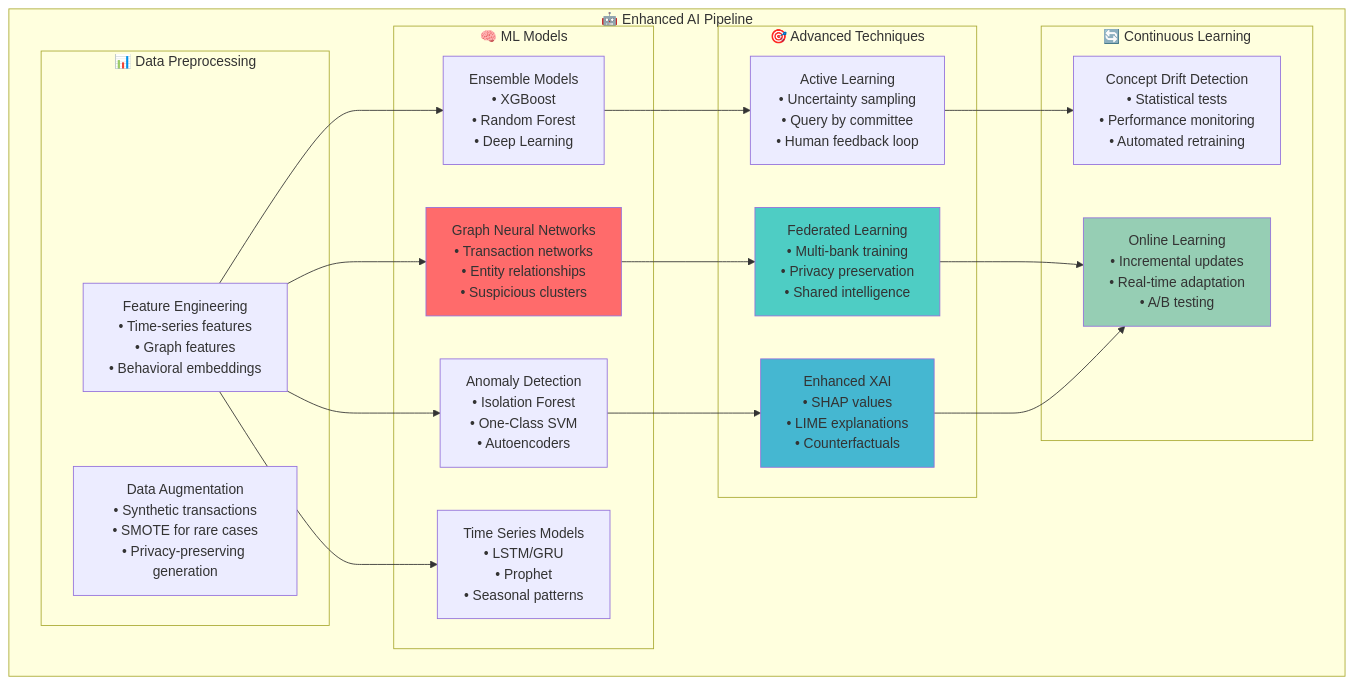
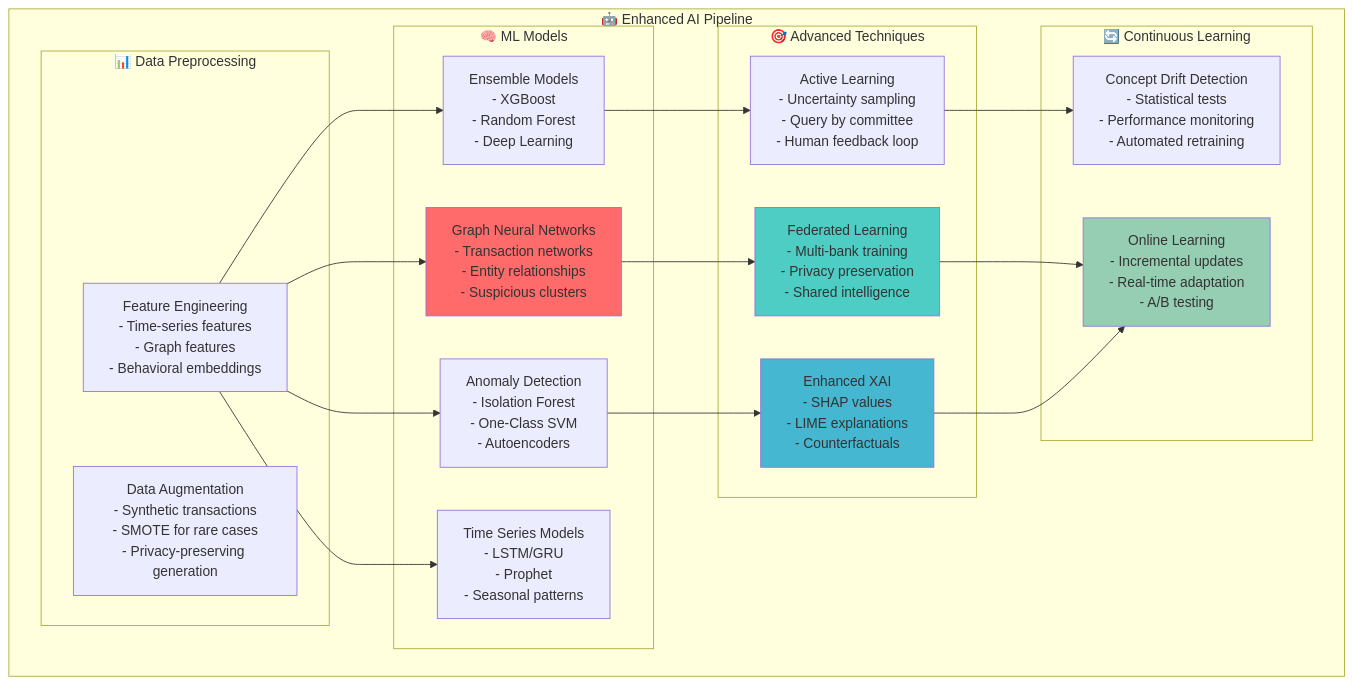
One commit to gregorizeidler-cw/LavandowskI-Chatbot changed the fifth of 11 diagrams in README.md. Above: the diagram before and after it, drawn with Mermaid. The commit also changed other lines of this file, not shown here.

````diff
--- a/README.md
+++ b/README.md
@@ -1076,45 +1076,45 @@
 ```mermaid
 graph TB
     subgraph "🤖 Enhanced AI Pipeline"
         subgraph "📊 Data Preprocessing"
-            FEATURES[Feature Engineering<br/>• Time-series features<br/>• Graph features<br/>• Behavioral embeddings]
-            AUGMENT[Data Augmentation<br/>• Synthetic transactions<br/>• SMOTE for rare cases<br/>• Privacy-preserving generation]
+                    FEATURES[Feature Engineering<br/>- Time-series features<br/>- Graph features<br/>- Behavioral embeddings]
+        AUGMENT[Data Augmentation<br/>- Synthetic transactions<br/>- SMOTE for rare cases<br/>- Privacy-preserving generation]
         end
         
         subgraph "🧠 ML Models"
-            ENSEMBLE[Ensemble Models<br/>• XGBoost<br/>• Random Forest<br/>• Deep Learning]
-            GRAPH[Graph Neural Networks<br/>• Transaction networks<br/>• Entity relationships<br/>• Suspicious clusters]
-            ANOMALY[Anomaly Detection<br/>• Isolation Forest<br/>• One-Class SVM<br/>• Autoencoders]
-            TIME[Time Series Models<br/>• LSTM/GRU<br/>• Prophet<br/>• Seasonal patterns]
+            ENSEMBLE[Ensemble Models<br/>- XGBoost<br/>- Random Forest<br/>- Deep Learning]
+            GRAPH[Graph Neural Networks<br/>- Transaction networks<br/>- Entity relationships<br/>- Suspicious clusters]
+            ANOMALY[Anomaly Detection<br/>- Isolation Forest<br/>- One-Class SVM<br/>- Autoencoders]
+            TIME[Time Series Models<br/>- LSTM/GRU<br/>- Prophet<br/>- Seasonal patterns]
         end
         
         subgraph "🎯 Advanced Techniques"
-            ACTIVE[Active Learning<br/>• Uncertainty sampling<br/>• Query by committee<br/>• Human feedback loop]
-            FEDERATED[Federated Learning<br/>• Multi-bank training<br/>• Privacy preservation<br/>• Shared intelligence]
-            EXPLAINABLE[Enhanced XAI<br/>• SHAP values<br/>• LIME explanations<br/>• Counterfactuals]
+            ACTIVE[Active Learning<br/>- Uncertainty sampling<br/>- Query by committee<br/>- Human feedback loop]
+            FEDERATED[Federated Learning<br/>- Multi-bank training<br/>- Privacy preservation<br/>- Shared intelligence]
+            EXPLAINABLE[Enhanced XAI<br/>- SHAP values<br/>- LIME explanations<br/>- Counterfactuals]
         end
         
         subgraph "🔄 Continuous Learning"
-            DRIFT[Concept Drift Detection<br/>• Statistical tests<br/>• Performance monitoring<br/>• Automated retraining]
-            ONLINE[Online Learning<br/>• Incremental updates<br/>• Real-time adaptation<br/>• A/B testing]
+            DRIFT[Concept Drift Detection<br/>- Statistical tests<br/>- Performance monitoring<br/>- Automated retraining]
+            ONLINE[Online Learning<br/>- Incremental updates<br/>- Real-time adaptation<br/>- A/B testing]
         end
     end
     
     FEATURES --> ENSEMBLE
     FEATURES --> GRAPH
     FEATURES --> ANOMALY
     FEATURES --> TIME
     
     ENSEMBLE --> ACTIVE
     GRAPH --> FEDERATED
     ANOMALY --> EXPLAINABLE
     
     ACTIVE --> DRIFT
     FEDERATED --> ONLINE
     EXPLAINABLE --> ONLINE
     
     style GRAPH fill:#ff6b6b
     style FEDERATED fill:#4ecdc4
     style EXPLAINABLE fill:#45b7d1
     style ONLINE fill:#96ceb4
 ```
````
